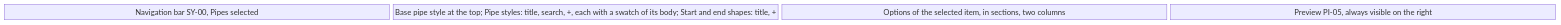
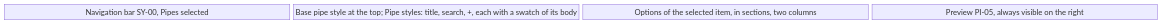
Before and after one commit to AlexandreGallais/synoptic-studio-spec: the second of 6 diagrams in screens/pipes.md, drawn with Mermaid. The commit also changed other lines of this file and 16 other files, not shown here.

First line of the commit message:
docs(pipes): remove start and end shapes, use symbols instead

````diff
--- a/screens/pipes.md
+++ b/screens/pipes.md
@@ -24,5 +23,5 @@
 ```mermaid
 block-beta
     columns 4
-    rail["Navigation bar SY-00, Pipes selected"] list["Base pipe style at the top; Pipe styles: title, search, +, each with a swatch of its body; Start and end shapes: title, +"] options["Options of the selected item, in sections, two columns"]:1 preview["Preview PI-05, always visible on the right"]
+    rail["Navigation bar SY-00, Pipes selected"] list["Base pipe style at the top; Pipe styles: title, search, +, each with a swatch of its body"] options["Options of the selected item, in sections, two columns"]:1 preview["Preview PI-05, always visible on the right"]
 ```
````
